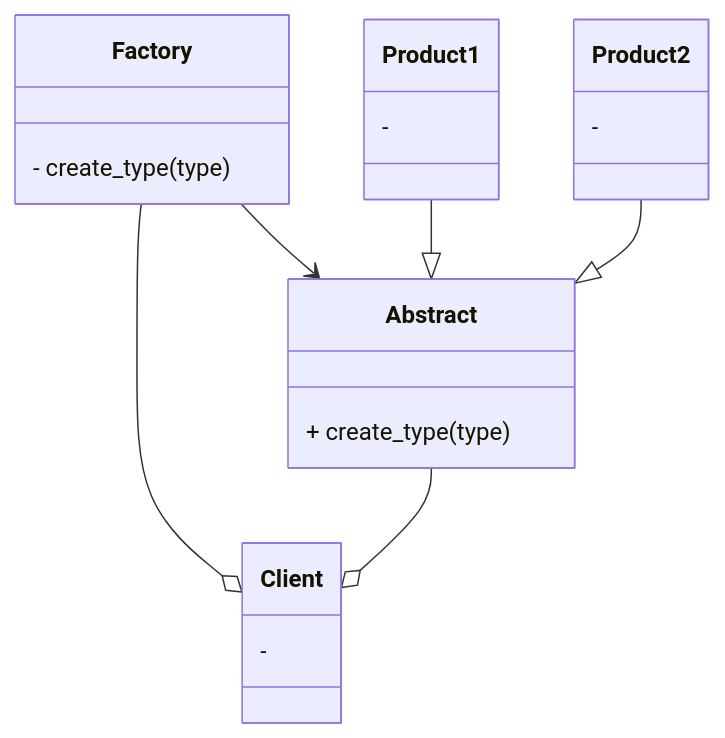
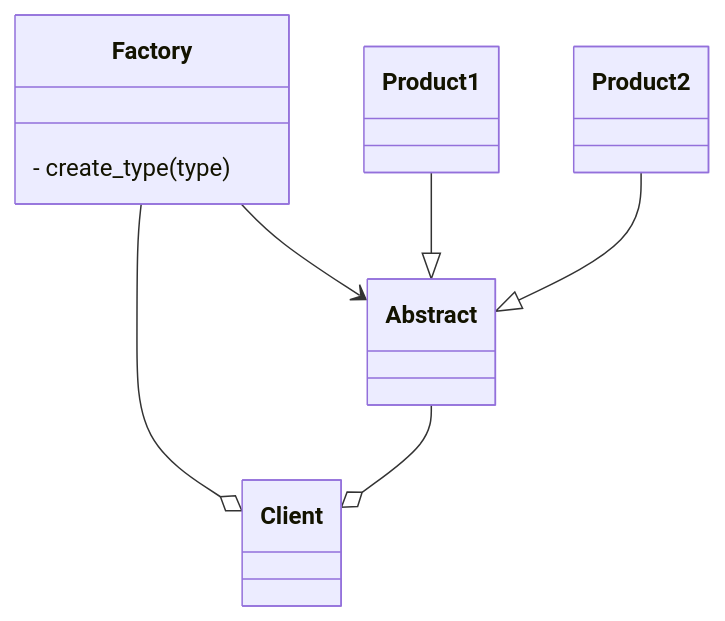
The first of 2 diagrams in 03-factory/工厂模式.md (Alves-7/Python-Design-Patterns), drawn with Mermaid before and after one commit. The commit also changed other lines of this file, not shown here.

````diff
--- a/03-factory/工厂模式.md
+++ b/03-factory/工厂模式.md
@@ -23,26 +23,26 @@
 ```mermaid
 classDiagram
 class Client{
-    - 
+    
 }
 class Factory{
     - create_type(type)
 }
 
 class Abstract{
-    + create_type(type)
+    
 }
 
 class Product1{
-    -
+   
 }
 class Product2{
-    -
+   
 }
 
 Factory --> Abstract
 Factory --o Client
 Abstract --o Client
 Product1 --|> Abstract
 Product2 --|> Abstract
 ```
````
